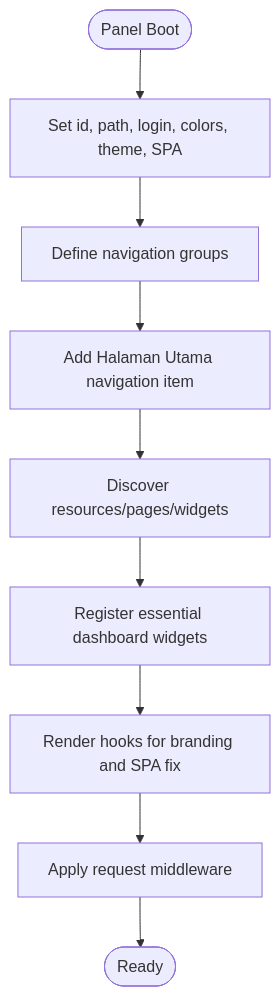
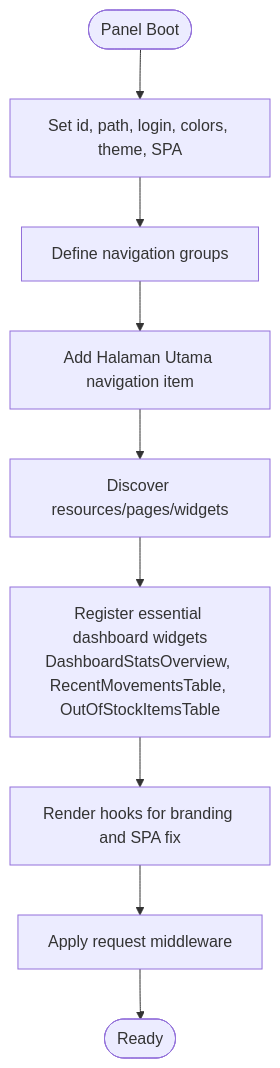
Before and after one commit to Dikksap/laravel_RsvHelmet: the third of 19 diagrams in .qoder/repowiki/en/content/Filament Admin Panel/Filament Admin Panel.md, drawn with Mermaid. The commit also changed other lines of this file and 52 other files, not shown here.

````diff
--- a/.qoder/repowiki/en/content/Filament Admin Panel/Filament Admin Panel.md
+++ b/.qoder/repowiki/en/content/Filament Admin Panel/Filament Admin Panel.md
@@ -255,11 +282,11 @@
 ```mermaid
 flowchart TD
 Start([Panel Boot]) --> Config["Set id, path, login, colors, theme, SPA"]
 Config --> Nav["Define navigation groups"]
 Nav --> NavItems["Add Halaman Utama navigation item"]
 NavItems --> Discover["Discover resources/pages/widgets"]
-Discover --> Widgets["Register essential dashboard widgets"]
+Discover --> Widgets["Register essential dashboard widgets<br/>DashboardStatsOverview, RecentMovementsTable, OutOfStockItemsTable"]
 Widgets --> Hooks["Render hooks for branding and SPA fix"]
 Hooks --> Middleware["Apply request middleware"]
 Middleware --> End([Ready])
 ```
````
